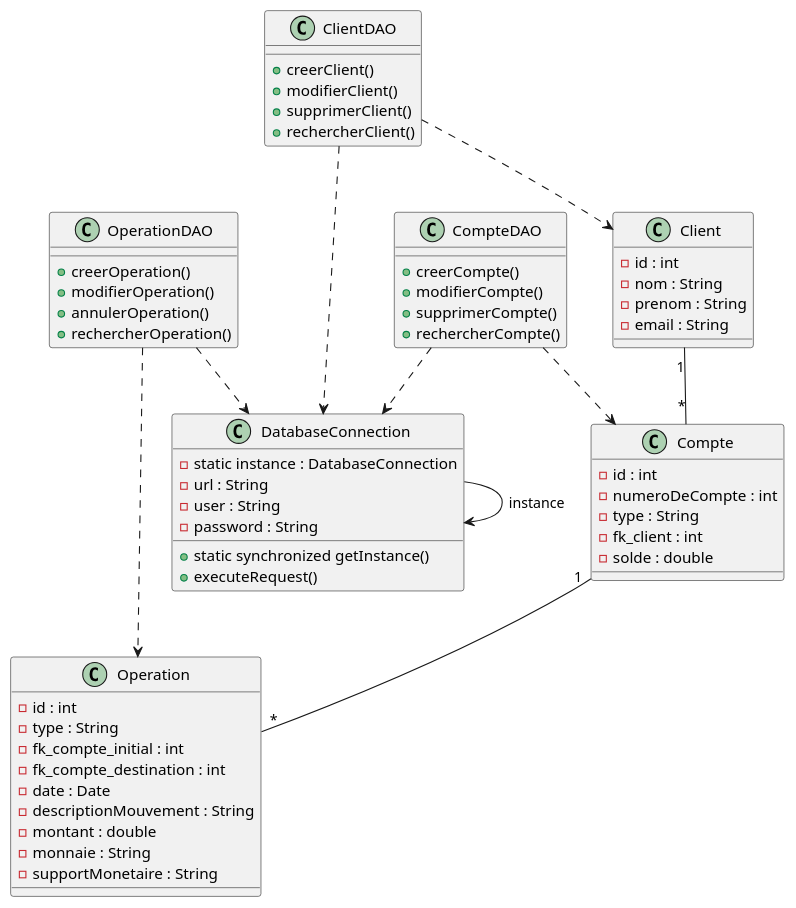
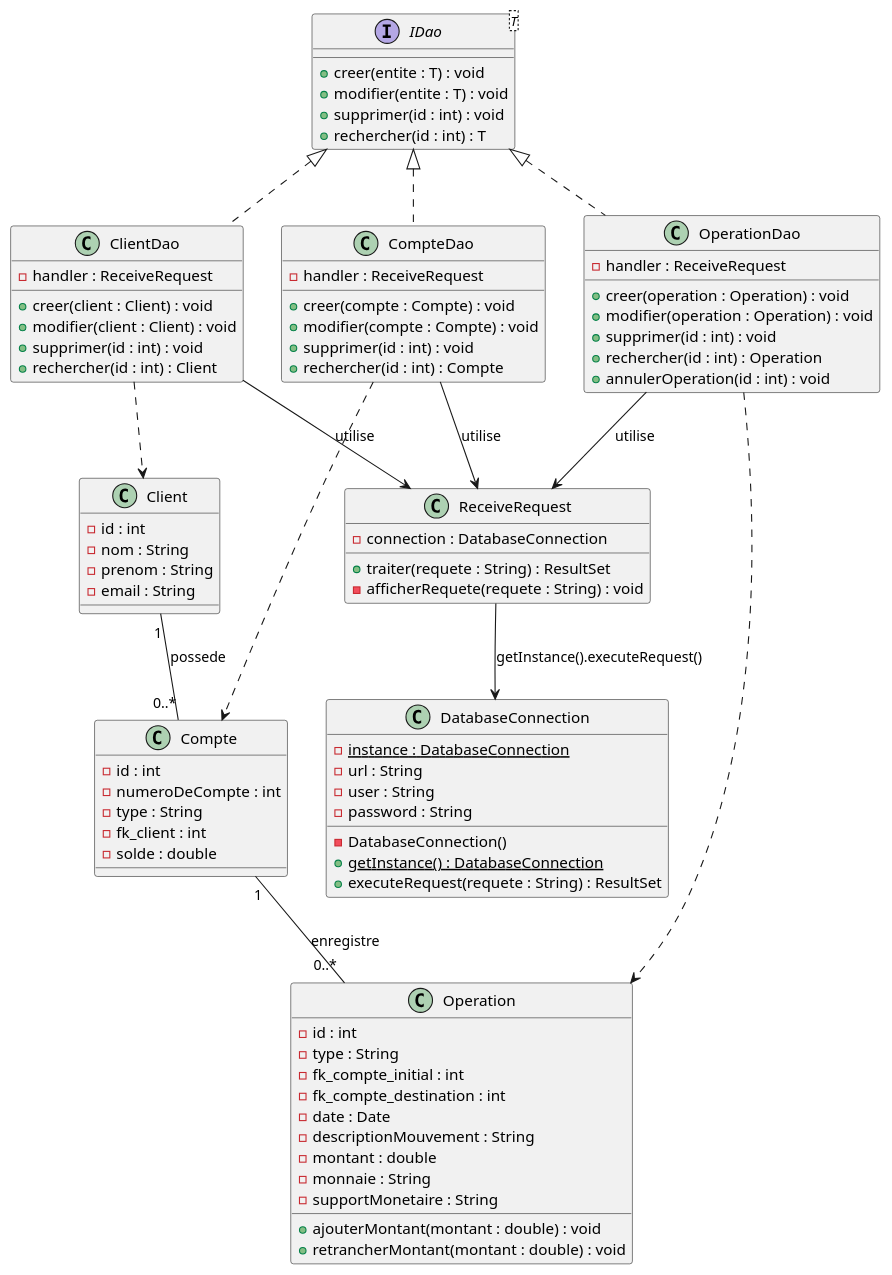
One commit to phpfms/tp_bank changed the diagram in Documentation/diagramme des classes/diagramme_des_classes.plantuml. Above: the diagram before and after it, drawn with PlantUML.

Commit message:
ajout au diagramme des daos

```diff
--- a/Documentation/diagramme des classes/diagramme_des_classes.plantuml
+++ b/Documentation/diagramme des classes/diagramme_des_classes.plantuml
@@ -1,82 +1,102 @@
 @startuml
 
+' ==================== SINGLETON CONNEXION ====================
 class DatabaseConnection {
-    - static instance : DatabaseConnection
+    - {static} instance : DatabaseConnection
     - url : String
     - user : String
     - password : String
-
-    + static synchronized getInstance()
-    + executeRequest()
+    - DatabaseConnection()
+    + {static} getInstance() : DatabaseConnection
+    + executeRequest(requete : String) : ResultSet
 }
 
-class ClientDAO {
-    + creerClient()
-    + modifierClient()
-    + supprimerClient()
-    + rechercherClient()
+' ==================== INTERFACE DAO UNIQUE ====================
+interface IDao<T> {
+    + creer(entite : T) : void
+    + modifier(entite : T) : void
+    + supprimer(id : int) : void
+    + rechercher(id : int) : T
 }
 
-class CompteDAO {
-    + creerCompte()
-    + modifierCompte()
-    + supprimerCompte()
-    + rechercherCompte()
+' ==================== CLASSE INTERMEDIAIRE ====================
+class ReceiveRequest {
+    - connection : DatabaseConnection
+    + traiter(requete : String) : ResultSet
+    - afficherRequete(requete : String) : void
 }
 
-class OperationDAO {
-    + creerOperation()
-    + modifierOperation()
-    + annulerOperation()
-    + rechercherOperation()
+' ==================== IMPLEMENTATIONS DAO ====================
+class ClientDao implements IDao<Client> {
+    - handler : ReceiveRequest
+    + creer(client : Client) : void
+    + modifier(client : Client) : void
+    + supprimer(id : int) : void
+    + rechercher(id : int) : Client
 }
 
+class CompteDao implements IDao<Compte> {
+    - handler : ReceiveRequest
+    + creer(compte : Compte) : void
+    + modifier(compte : Compte) : void
+    + supprimer(id : int) : void
+    + rechercher(id : int) : Compte
+}
+
+class OperationDao implements IDao<Operation> {
+    - handler : ReceiveRequest
+    + creer(operation : Operation) : void
+    + modifier(operation : Operation) : void
+    + supprimer(id : int) : void
+    + rechercher(id : int) : Operation
+    + annulerOperation(id : int) : void
+}
+
+' ==================== ENTITES ====================
 class Client {
     - id : int
     - nom : String
     - prenom : String
     - email : String
 }
 
 class Compte {
     - id : int
     - numeroDeCompte : int
     - type : String
     - fk_client : int
     - solde : double
 }
 
 class Operation {
     - id : int
     - type : String
     - fk_compte_initial : int
     - fk_compte_destination : int
     - date : Date
     - descriptionMouvement : String
     - montant : double
     - monnaie : String
     - supportMonetaire : String
+    + ajouterMontant(montant : double) : void
+    + retrancherMontant(montant : double) : void
 }
 
-' Relations métier
+' ==================== RELATIONS METIER ====================
+Client "1" -- "0..*" Compte : possede
+Compte "1" -- "0..*" Operation : enregistre
 
-Client "1" -- "*" Compte
-Compte "1" -- "*" Operation
+' ==================== DAO -> HANDLER ====================
+ClientDao --> ReceiveRequest : utilise
+CompteDao --> ReceiveRequest : utilise
+OperationDao --> ReceiveRequest : utilise
 
-' Singleton
+' ==================== HANDLER -> SINGLETON ====================
+ReceiveRequest --> DatabaseConnection : getInstance().executeRequest()
 
-DatabaseConnection --> DatabaseConnection : instance
-
-' DAO -> Connexion
-
-ClientDAO ..> DatabaseConnection
-CompteDAO ..> DatabaseConnection
-OperationDAO ..> DatabaseConnection
-
-' DAO -> Entités
-
-ClientDAO ..> Client
-CompteDAO ..> Compte
-OperationDAO ..> Operation
+' ==================== DAO -> ENTITES ====================
+ClientDao ..> Client
+CompteDao ..> Compte
+OperationDao ..> Operation
 
 @enduml
```
